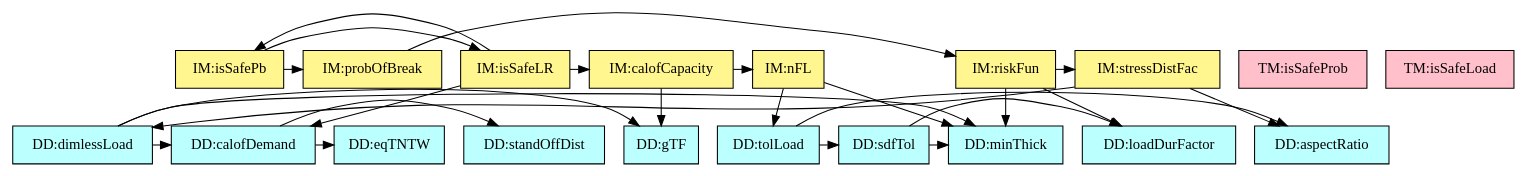
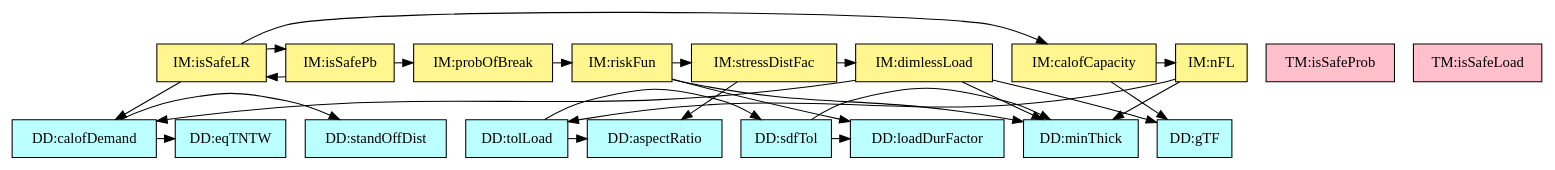
The diagram in code/stable/glassbr/TraceyGraph/refvsref.dot (JacquesCarette/Drasil), drawn with Graphviz before and after one commit. The commit also changed 12 other files, not shown here.

Commit message:
move dimlessLoad DD to IM

```diff
--- a/code/stable/glassbr/TraceyGraph/refvsref.dot
+++ b/code/stable/glassbr/TraceyGraph/refvsref.dot
@@ -1,65 +1,65 @@
 digraph refvsref {
-	dimlessLoad -> minThick;
-	dimlessLoad -> glassTypeFac;
-	dimlessLoad -> demandq;
 	tolLoad -> sdfTol;
 	tolLoad -> aR;
 	sdfTol -> minThick;
 	sdfTol -> loadDurFactor;
 	demandq -> stdOffDist;
 	demandq -> eqTNTChar;
 	riskFun -> minThick;
 	riskFun -> loadDurFactor;
 	riskFun -> stressDistFac;
+	stressDistFac -> aR;
 	stressDistFac -> dimlessLoad;
-	stressDistFac -> aR;
 	nFL -> minThick;
 	nFL -> tolLoad;
+	dimlessLoad -> minThick;
+	dimlessLoad -> glassTypeFac;
+	dimlessLoad -> demandq;
 	probBr -> riskFun;
 	lResistance -> glassTypeFac;
 	lResistance -> nFL;
 	isSafePb -> probBr;
 	isSafePb -> isSafeLR;
 	isSafeLR -> demandq;
 	isSafeLR -> lResistance;
 	isSafeLR -> isSafePb;
 
 
 	minThick	[shape=box, color=black, style=filled, fillcolor=paleturquoise1, label="DD:minThick"];
 	loadDurFactor	[shape=box, color=black, style=filled, fillcolor=paleturquoise1, label="DD:loadDurFactor"];
 	glassTypeFac	[shape=box, color=black, style=filled, fillcolor=paleturquoise1, label="DD:gTF"];
-	dimlessLoad	[shape=box, color=black, style=filled, fillcolor=paleturquoise1, label="DD:dimlessLoad"];
 	tolLoad	[shape=box, color=black, style=filled, fillcolor=paleturquoise1, label="DD:tolLoad"];
 	sdfTol	[shape=box, color=black, style=filled, fillcolor=paleturquoise1, label="DD:sdfTol"];
 	stdOffDist	[shape=box, color=black, style=filled, fillcolor=paleturquoise1, label="DD:standOffDist"];
 	aR	[shape=box, color=black, style=filled, fillcolor=paleturquoise1, label="DD:aspectRatio"];
 	eqTNTChar	[shape=box, color=black, style=filled, fillcolor=paleturquoise1, label="DD:eqTNTW"];
 	demandq	[shape=box, color=black, style=filled, fillcolor=paleturquoise1, label="DD:calofDemand"];
 
 	subgraph DD {
 	rank="same"
-	{minThick, loadDurFactor, glassTypeFac, dimlessLoad, tolLoad, sdfTol, stdOffDist, aR, eqTNTChar, demandq}
+	{minThick, loadDurFactor, glassTypeFac, tolLoad, sdfTol, stdOffDist, aR, eqTNTChar, demandq}
 	}
 
 	isSafeProb	[shape=box, color=black, style=filled, fillcolor=pink, label="TM:isSafeProb"];
 	isSafeLoad	[shape=box, color=black, style=filled, fillcolor=pink, label="TM:isSafeLoad"];
 
 	subgraph TM {
 	rank="same"
 	{isSafeProb, isSafeLoad}
 	}
 
 	riskFun	[shape=box, color=black, style=filled, fillcolor=khaki1, label="IM:riskFun"];
 	stressDistFac	[shape=box, color=black, style=filled, fillcolor=khaki1, label="IM:stressDistFac"];
 	nFL	[shape=box, color=black, style=filled, fillcolor=khaki1, label="IM:nFL"];
+	dimlessLoad	[shape=box, color=black, style=filled, fillcolor=khaki1, label="IM:dimlessLoad"];
 	probBr	[shape=box, color=black, style=filled, fillcolor=khaki1, label="IM:probOfBreak"];
 	lResistance	[shape=box, color=black, style=filled, fillcolor=khaki1, label="IM:calofCapacity"];
 	isSafePb	[shape=box, color=black, style=filled, fillcolor=khaki1, label="IM:isSafePb"];
 	isSafeLR	[shape=box, color=black, style=filled, fillcolor=khaki1, label="IM:isSafeLR"];
 
 	subgraph IM {
 	rank="same"
-	{riskFun, stressDistFac, nFL, probBr, lResistance, isSafePb, isSafeLR}
+	{riskFun, stressDistFac, nFL, dimlessLoad, probBr, lResistance, isSafePb, isSafeLR}
 	}
 
 }
```
